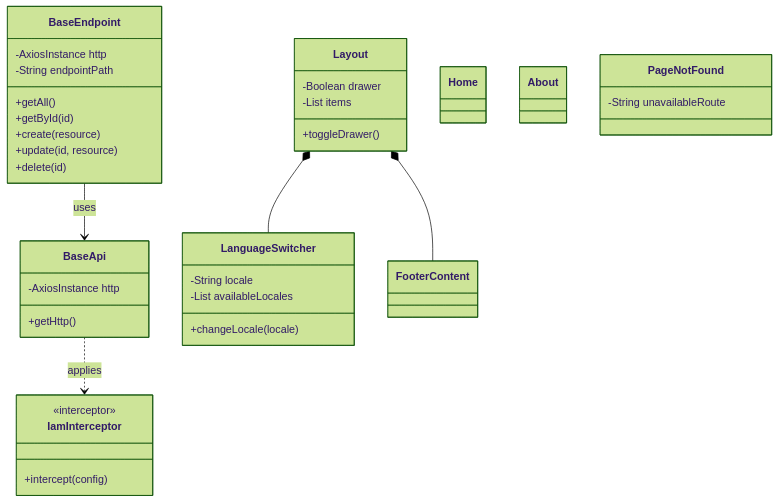
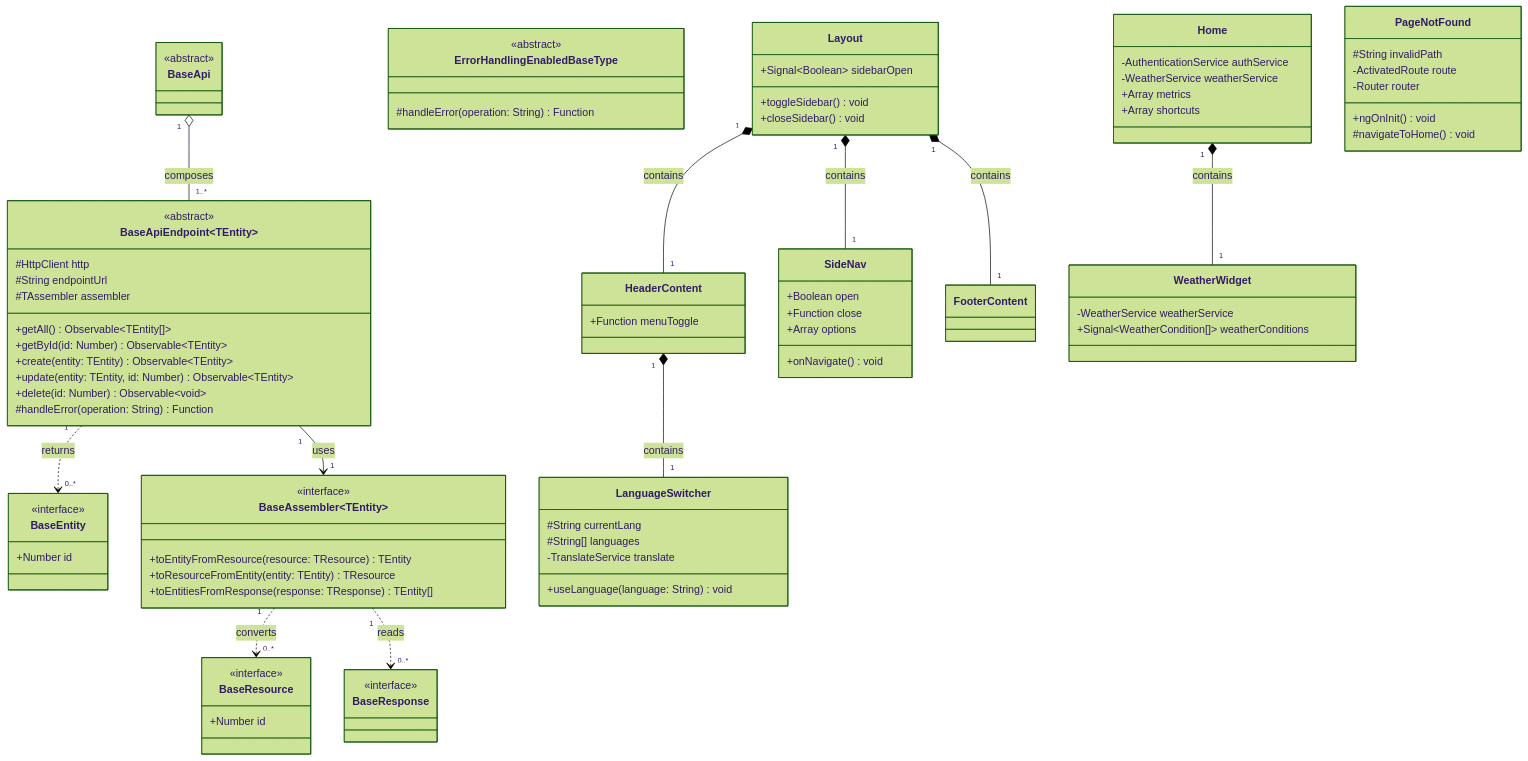
One commit to Ital0Dmc/Agridron-Report-readme-playground changed diagram 13 of 23 in README.md. Above: the diagram before and after it, drawn with Mermaid (forest theme). The commit also changed other lines of this file, not shown here.

First line of the commit message:
docs: align class diagrams with the frontend data model and user stories

````diff
--- a/README.md
+++ b/README.md
@@ -2663,40 +2682,87 @@
 ```mermaid
 classDiagram
+  class BaseEntity {
+    <<interface>>
+    +Number id
+  }
+  class BaseResource {
+    <<interface>>
+    +Number id
+  }
+  class BaseResponse {
+    <<interface>>
+  }
+  class BaseAssembler~TEntity~ {
+    <<interface>>
+    +toEntityFromResource(resource: TResource) TEntity
+    +toResourceFromEntity(entity: TEntity) TResource
+    +toEntitiesFromResponse(response: TResponse) TEntity[]
+  }
+  class BaseApiEndpoint~TEntity~ {
+    <<abstract>>
+    #HttpClient http
+    #String endpointUrl
+    #TAssembler assembler
+    +getAll() Observable~TEntity[]~
+    +getById(id: Number) Observable~TEntity~
+    +create(entity: TEntity) Observable~TEntity~
+    +update(entity: TEntity, id: Number) Observable~TEntity~
+    +delete(id: Number) Observable~void~
+    #handleError(operation: String) Function
+  }
   class BaseApi {
-    -AxiosInstance http
-    +getHttp()
+    <<abstract>>
   }
-  class BaseEndpoint {
-    -AxiosInstance http
-    -String endpointPath
-    +getAll()
-    +getById(id)
-    +create(resource)
-    +update(id, resource)
-    +delete(id)
-  }
-  class IamInterceptor {
-    <<interceptor>>
-    +intercept(config)
+  class ErrorHandlingEnabledBaseType {
+    <<abstract>>
+    #handleError(operation: String) Function
   }
   class Layout {
-    -Boolean drawer
-    -List items
-    +toggleDrawer()
+    +Signal~Boolean~ sidebarOpen
+    +toggleSidebar() void
+    +closeSidebar() void
+  }
+  class HeaderContent {
+    +Function menuToggle
+  }
+  class SideNav {
+    +Boolean open
+    +Function close
+    +Array options
+    +onNavigate() void
   }
   class LanguageSwitcher {
-    -String locale
-    -List availableLocales
-    +changeLocale(locale)
+    #String currentLang
+    #String[] languages
+    -TranslateService translate
+    +useLanguage(language: String) void
   }
   class FooterContent
-  class Home
-  class About
+  class WeatherWidget {
+    -WeatherService weatherService
+    +Signal~WeatherCondition[]~ weatherConditions
+  }
+  class Home {
+    -AuthenticationService authService
+    -WeatherService weatherService
+    +Array metrics
+    +Array shortcuts
+  }
   class PageNotFound {
-    -String unavailableRoute
+    #String invalidPath
+    -ActivatedRoute route
+    -Router router
+    +ngOnInit() void
+    #navigateToHome() void
   }
-  BaseEndpoint --> BaseApi : uses
-  BaseApi ..> IamInterceptor : applies
-  Layout *-- LanguageSwitcher
-  Layout *-- FooterContent
+  BaseApi "1" o-- "1..*" BaseApiEndpoint : composes
+  BaseApiEndpoint "1" --> "1" BaseAssembler : uses
+  BaseApiEndpoint "1" ..> "0..*" BaseEntity : returns
+  BaseAssembler "1" ..> "0..*" BaseResource : converts
+  BaseAssembler "1" ..> "0..*" BaseResponse : reads
+  Layout "1" *-- "1" HeaderContent : contains
+  Layout "1" *-- "1" SideNav : contains
+  Layout "1" *-- "1" FooterContent : contains
+  HeaderContent "1" *-- "1" LanguageSwitcher : contains
+  Home "1" *-- "1" WeatherWidget : contains
 ```
````
